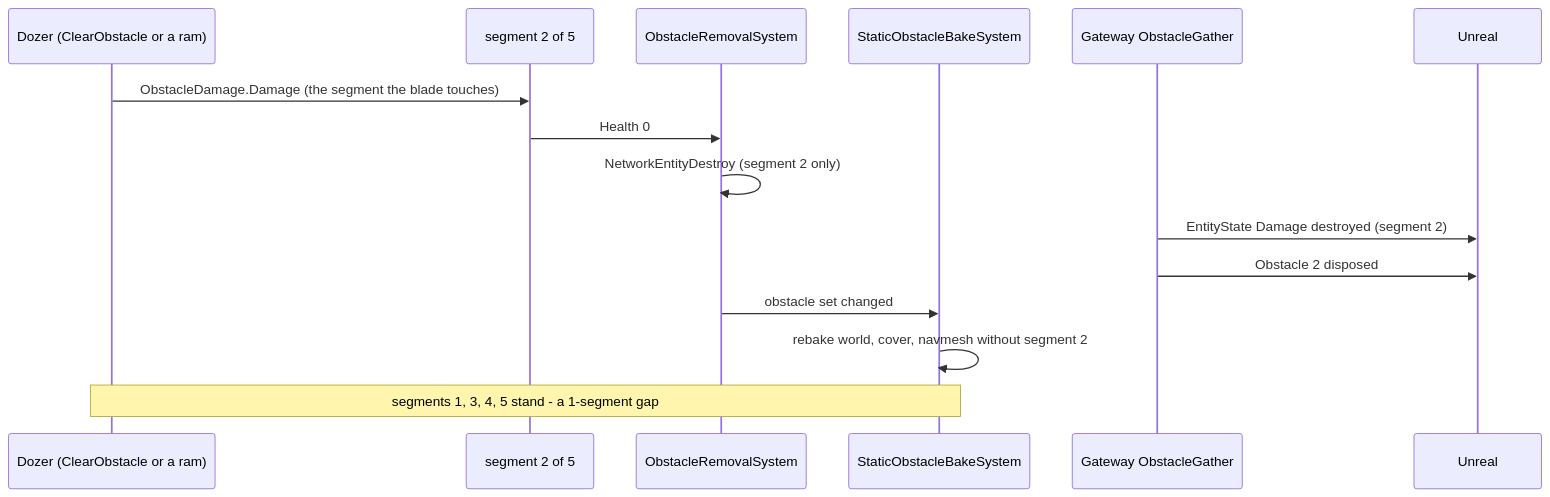
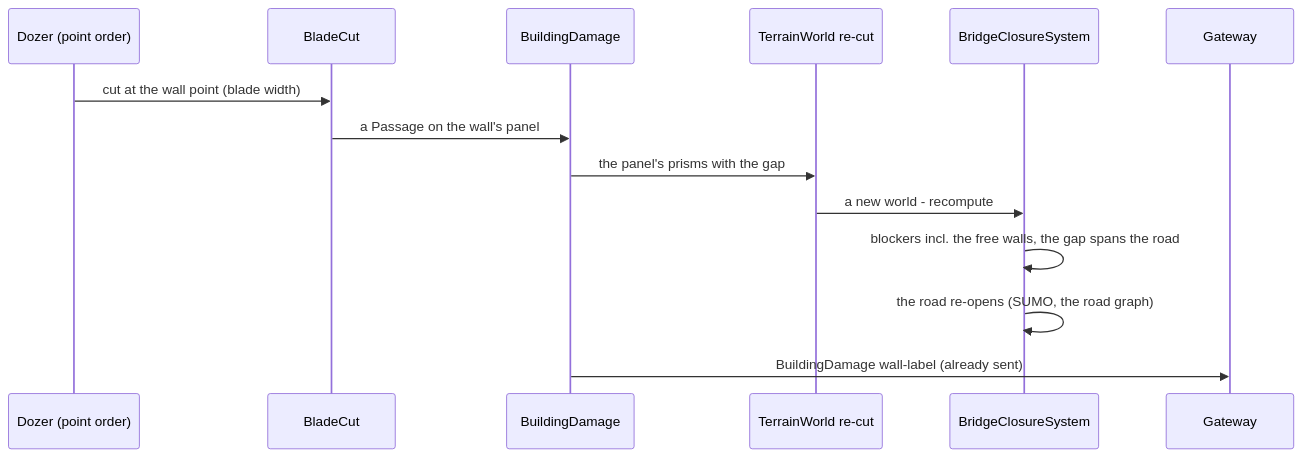
One commit to pjanec/HROT changed the second of 3 diagrams in docs/designs/engineering/DESIGN_Breachable_Obstacle_Walls.md. Above: the diagram before and after it, drawn with Mermaid. The commit also changed other lines of this file, not shown here.

First line of the commit message:
R-11022: breachable walls design rev 2 - a placed wall is a terrain-feature wall (segments withdrawn to HISTORY); review pending

````diff
--- a/docs/designs/engineering/DESIGN_Breachable_Obstacle_Walls.md
+++ b/docs/designs/engineering/DESIGN_Breachable_Obstacle_Walls.md
@@ -84,17 +92,16 @@
 ```mermaid
 sequenceDiagram
-  participant D as Dozer (ClearObstacle or a ram)
-  participant S2 as segment 2 of 5
-  participant R as ObstacleRemovalSystem
-  participant B as StaticObstacleBakeSystem
-  participant G as Gateway ObstacleGather
-  participant U as Unreal
-  D->>S2: ObstacleDamage.Damage (the segment the blade touches)
-  S2->>R: Health 0
-  R->>R: NetworkEntityDestroy (segment 2 only)
-  G->>U: EntityState Damage destroyed (segment 2)
-  G->>U: Obstacle 2 disposed
-  R->>B: obstacle set changed
-  B->>B: rebake world, cover, navmesh without segment 2
-  Note over D,B: segments 1, 3, 4, 5 stand - a 1-segment gap
+  participant D as Dozer (point order)
+  participant BC as BladeCut
+  participant BD as BuildingDamage
+  participant W as TerrainWorld re-cut
+  participant RC as BridgeClosureSystem
+  participant G as Gateway
+  D->>BC: cut at the wall point (blade width)
+  BC->>BD: a Passage on the wall's panel
+  BD->>W: the panel's prisms with the gap
+  W->>RC: a new world - recompute
+  RC->>RC: blockers incl. the free walls, the gap spans the road
+  RC->>RC: the road re-opens (SUMO, the road graph)
+  BD->>G: BuildingDamage wall-label (already sent)
 ```
````
